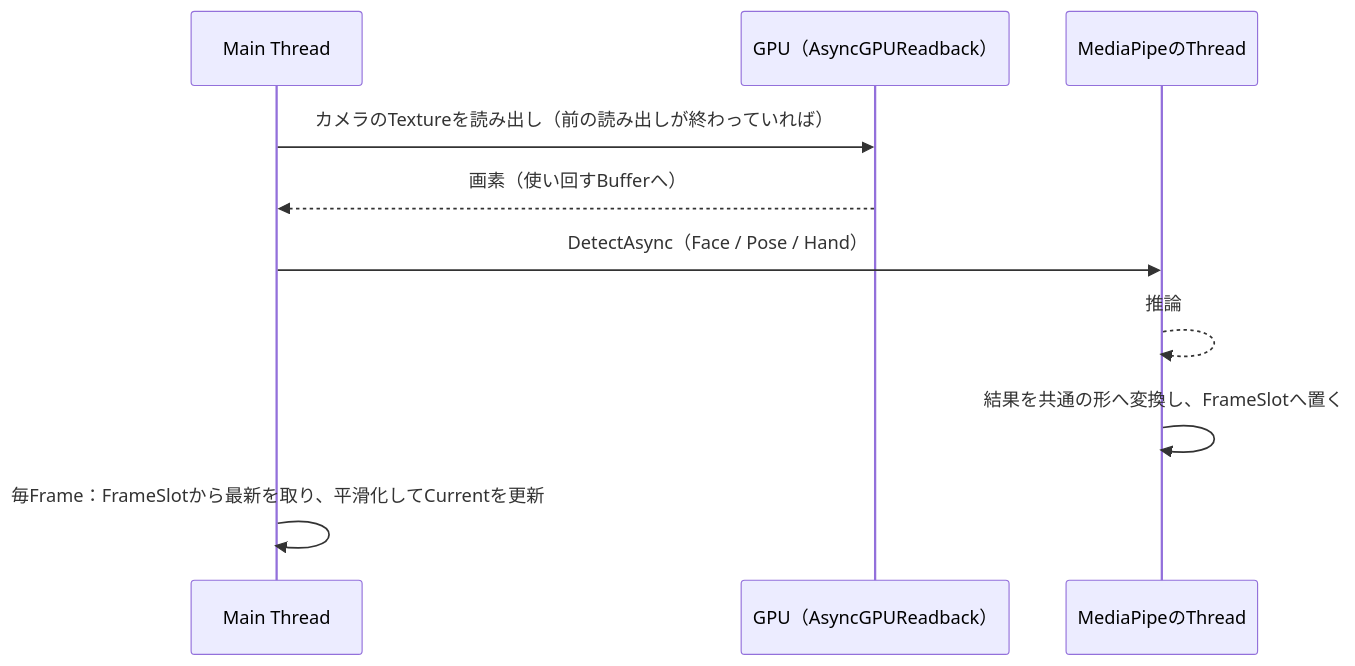
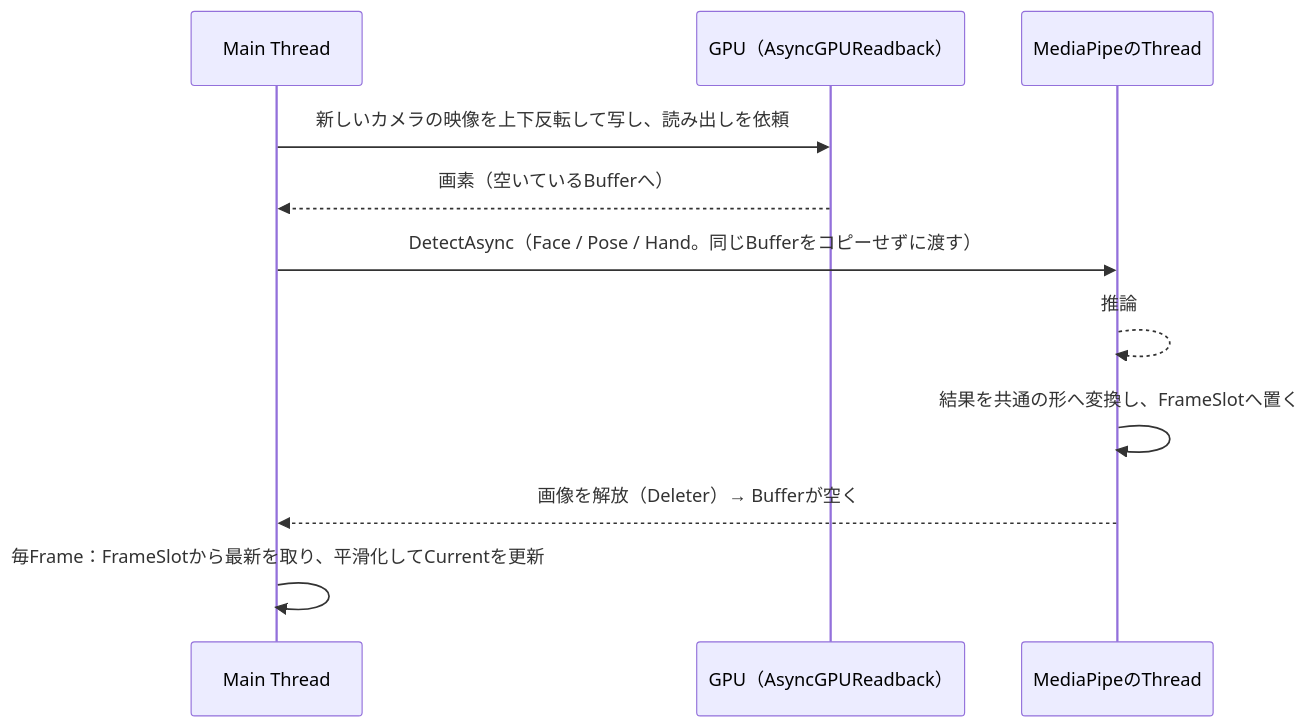
Before and after one commit to Yupopyoi/virtual-vessel-studio: the second of 2 diagrams in docs/ja/detailed-design/tracking.md, drawn with Mermaid. The commit also changed other lines of this file and 9 other files, not shown here.

````diff
--- a/docs/ja/detailed-design/tracking.md
+++ b/docs/ja/detailed-design/tracking.md
@@ -359,13 +365,14 @@
 ```mermaid
 sequenceDiagram
     participant Main as Main Thread
     participant GPU as GPU（AsyncGPUReadback）
     participant MP as MediaPipeのThread
 
-    Main->>GPU: カメラのTextureを読み出し（前の読み出しが終わっていれば）
-    GPU-->>Main: 画素（使い回すBufferへ）
-    Main->>MP: DetectAsync（Face / Pose / Hand）
+    Main->>GPU: 新しいカメラの映像を上下反転して写し、読み出しを依頼
+    GPU-->>Main: 画素（空いているBufferへ）
+    Main->>MP: DetectAsync（Face / Pose / Hand。同じBufferをコピーせずに渡す）
     MP-->>MP: 推論
     MP->>MP: 結果を共通の形へ変換し、FrameSlotへ置く
+    MP-->>Main: 画像を解放（Deleter）→ Bufferが空く
     Main->>Main: 毎Frame：FrameSlotから最新を取り、平滑化してCurrentを更新
 ```
````
